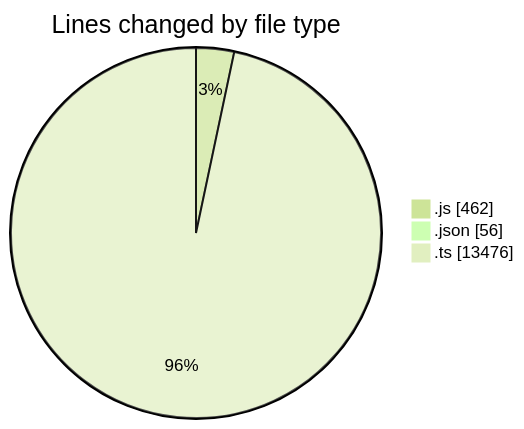
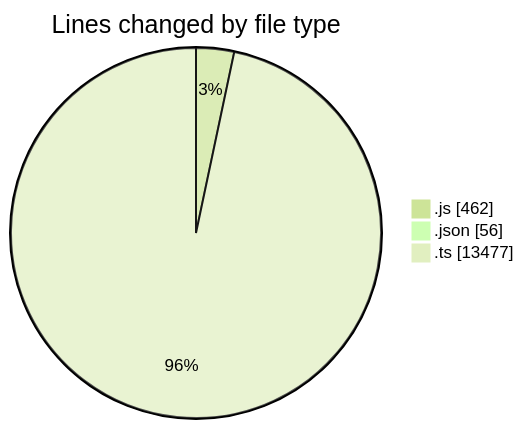
One commit to momahboobian/code-tracking changed the first of 2 diagrams in 2025-09-04/cda/README.md. Above: the diagram before and after it, drawn with Mermaid (forest theme). The commit also changed other lines of this file and 1 other file, not shown here.

````diff
--- a/2025-09-04/cda/README.md
+++ b/2025-09-04/cda/README.md
@@ -32,7 +32,7 @@
 ```mermaid
 pie showData
 title Lines changed by file type
 ".js" : 462
 ".json" : 56
-".ts" : 13476
+".ts" : 13477
 ```
````
